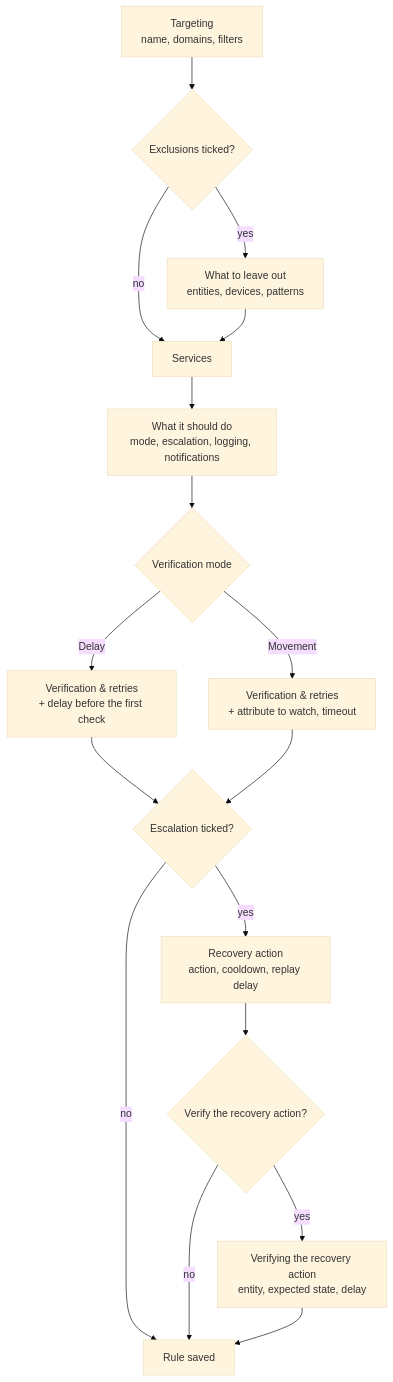
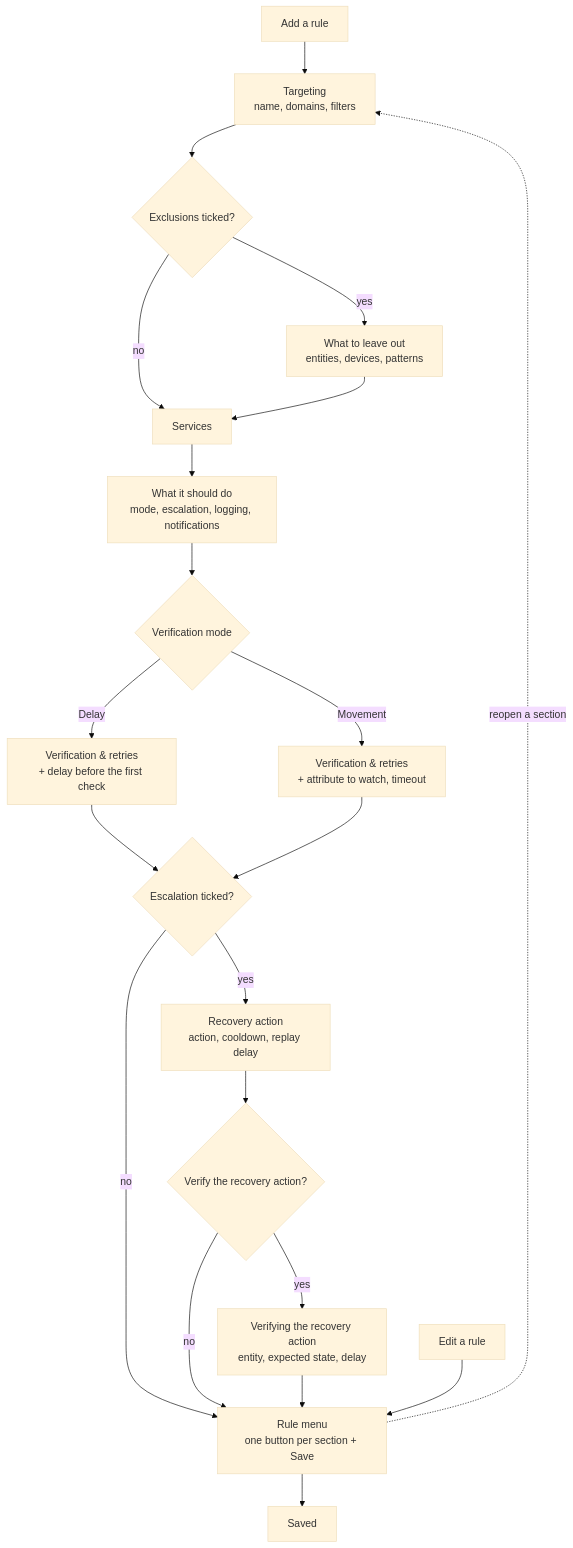
The third of 3 diagrams in docs/documentation.md (cddu33/ha-action_control), drawn with Mermaid (base theme) before and after one commit. The commit also changed other lines of this file and 12 other files, not shown here.

````diff
--- a/docs/documentation.md
+++ b/docs/documentation.md
@@ -152,19 +160,23 @@
 ```mermaid
 flowchart TD
+    N["Add a rule"] --> A
     A["Targeting<br/>name, domains, filters"] --> A2{"Exclusions ticked?"}
     A2 -->|no| B["Services"]
     A2 -->|yes| A3["What to leave out<br/>entities, devices, patterns"]
     A3 --> B
     B --> C["What it should do<br/>mode, escalation, logging, notifications"]
     C --> D{"Verification mode"}
     D -->|Delay| E["Verification & retries<br/>+ delay before the first check"]
     D -->|Movement| F["Verification & retries<br/>+ attribute to watch, timeout"]
     E --> G{"Escalation ticked?"}
     F --> G
-    G -->|no| Z["Rule saved"]
+    G -->|no| Z
     G -->|yes| H["Recovery action<br/>action, cooldown, replay delay"]
     H --> I{"Verify the recovery action?"}
     I -->|no| Z
     I -->|yes| J["Verifying the recovery action<br/>entity, expected state, delay"]
     J --> Z
+    Z["Rule menu<br/>one button per section + Save"] -.->|reopen a section| A
+    Z --> S["Saved"]
+    ED["Edit a rule"] --> Z
 ```
````
